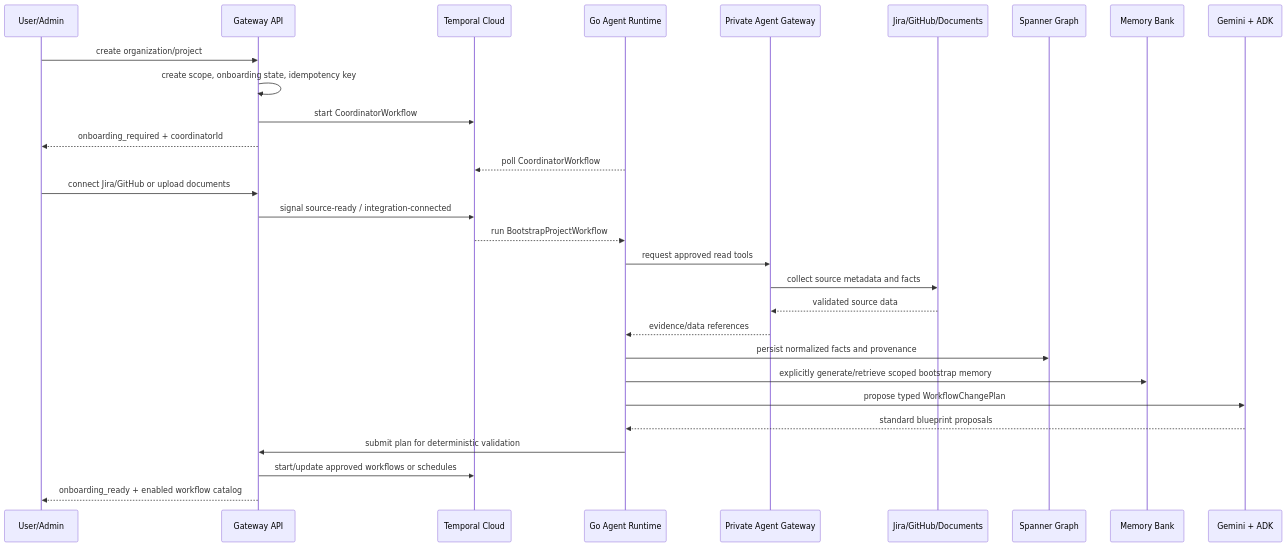
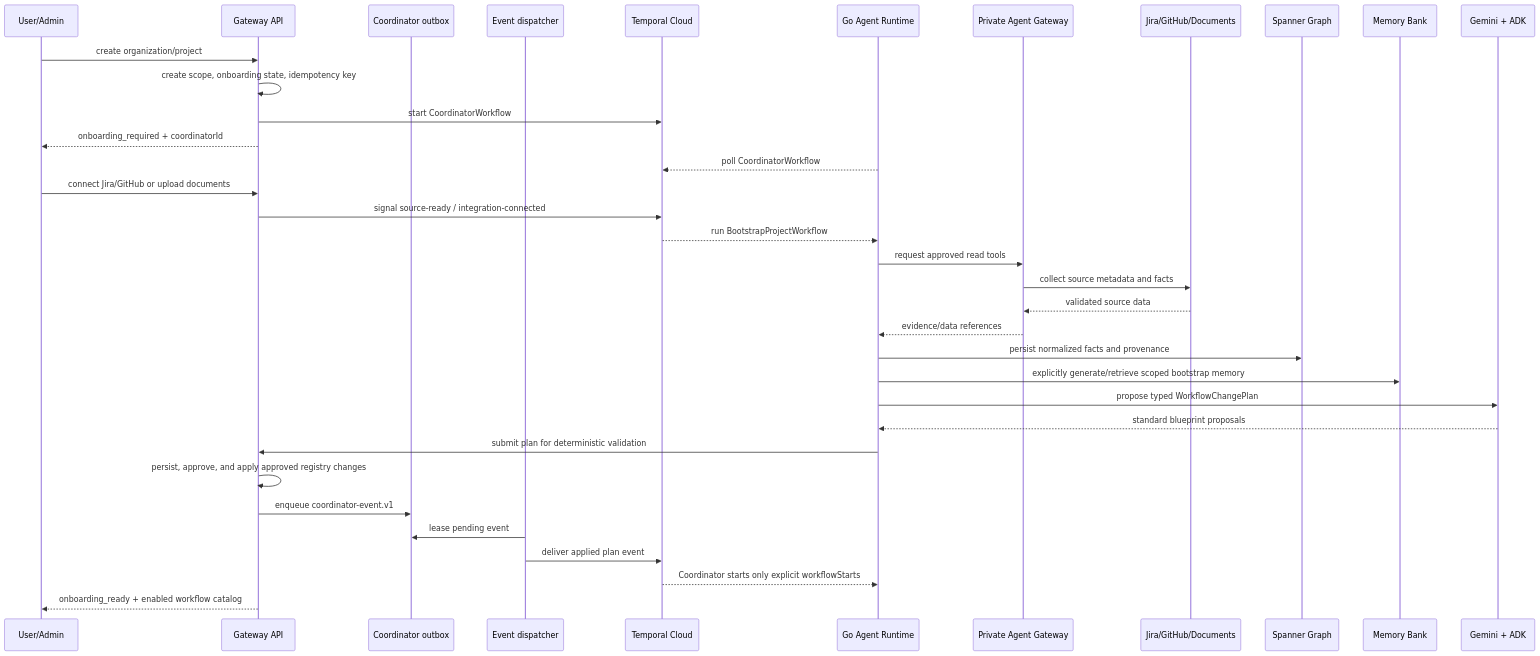
Before and after one commit to andriishupta/encois: the first of 3 diagrams in docs/flows.md, drawn with Mermaid. The commit also changed other lines of this file and 161 other files, not shown here.

````diff
--- a/docs/flows.md
+++ b/docs/flows.md
@@ -35,33 +35,39 @@
 ```mermaid
 sequenceDiagram
     participant User as User/Admin
     participant API as Gateway API
+    participant Outbox as Coordinator outbox
+    participant Dispatcher as Event dispatcher
     participant Temporal as Temporal Cloud
     participant Runtime as Go Agent Runtime
     participant AgentGW as Private Agent Gateway
     participant Sources as Jira/GitHub/Documents
     participant Graph as Spanner Graph
     participant Memory as Memory Bank
     participant Gemini as Gemini + ADK
 
     User->>API: create organization/project
     API->>API: create scope, onboarding state, idempotency key
     API->>Temporal: start CoordinatorWorkflow
     API-->>User: onboarding_required + coordinatorId
     Runtime-->>Temporal: poll CoordinatorWorkflow
 
     User->>API: connect Jira/GitHub or upload documents
     API->>Temporal: signal source-ready / integration-connected
     Temporal-->>Runtime: run BootstrapProjectWorkflow
     Runtime->>AgentGW: request approved read tools
     AgentGW->>Sources: collect source metadata and facts
     Sources-->>AgentGW: validated source data
     AgentGW-->>Runtime: evidence/data references
     Runtime->>Graph: persist normalized facts and provenance
     Runtime->>Memory: explicitly generate/retrieve scoped bootstrap memory
     Runtime->>Gemini: propose typed WorkflowChangePlan
     Gemini-->>Runtime: standard blueprint proposals
     Runtime->>API: submit plan for deterministic validation
-    API->>Temporal: start/update approved workflows or schedules
+    API->>API: persist, approve, and apply approved registry changes
+    API->>Outbox: enqueue coordinator-event.v1
+    Dispatcher->>Outbox: lease pending event
+    Dispatcher->>Temporal: deliver applied plan event
+    Temporal-->>Runtime: Coordinator starts only explicit workflowStarts
     API-->>User: onboarding_ready + enabled workflow catalog
 ```
````
